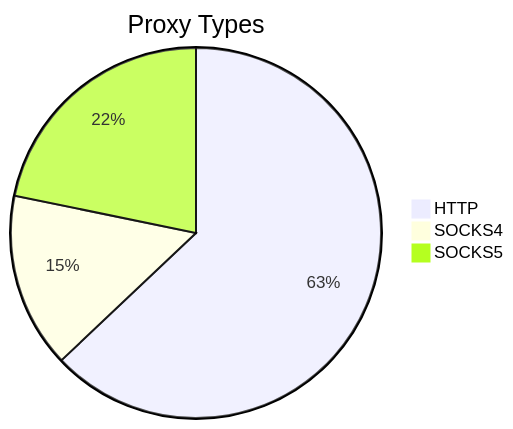
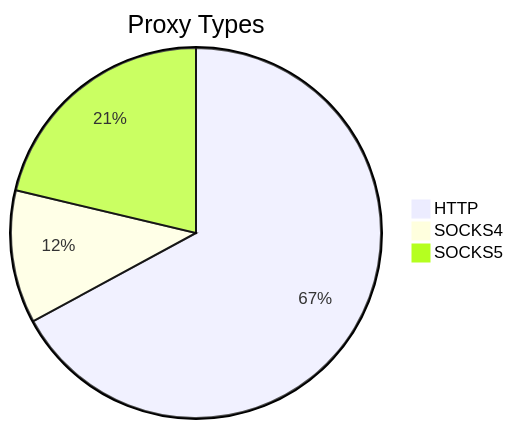
The first of 2 diagrams in README.md (stormsia/proxy-list), drawn with Mermaid before and after one commit. The commit also changed other lines of this file, not shown here.

````diff
--- a/README.md
+++ b/README.md
@@ -21,6 +21,6 @@
 ```mermaid
 pie title Proxy Types
-    "HTTP" : 214
-    "SOCKS4" : 52
-    "SOCKS5" : 74
+    "HTTP" : 208
+    "SOCKS4" : 36
+    "SOCKS5" : 66
 ```
````
